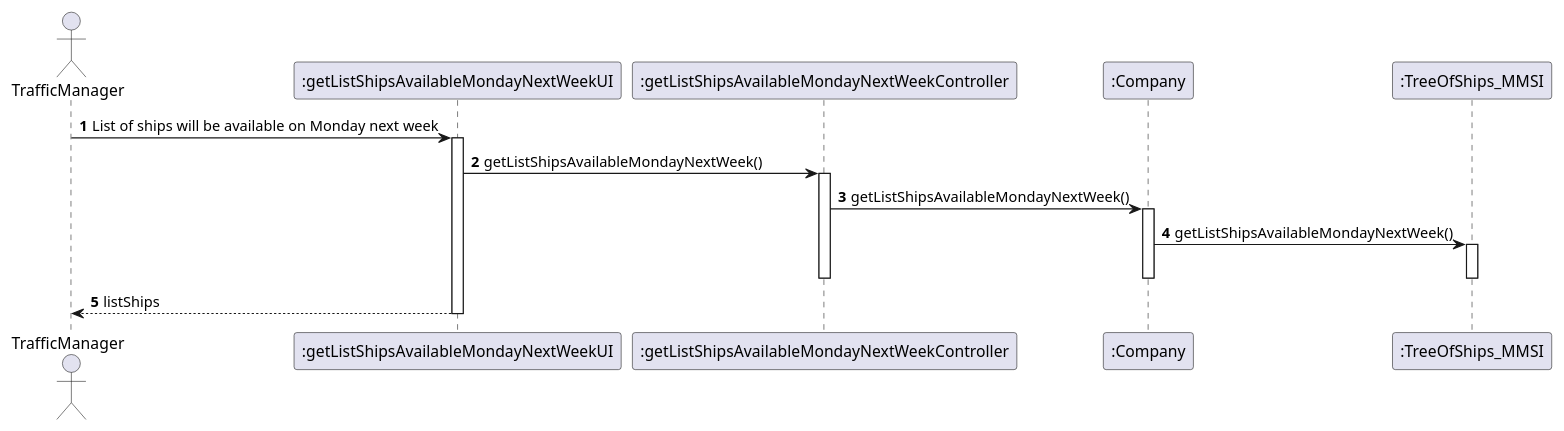
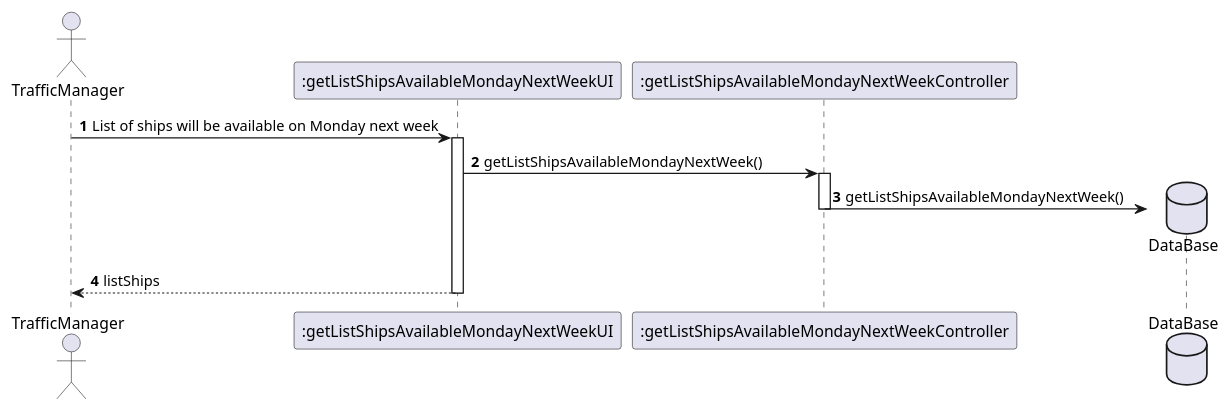
The diagram in Docs/Sprint2/US210/SD.puml (LourencoMelo/ISEP-LAPR3-ESINF), drawn with PlantUML before and after one commit. The commit also changed 23 other files, not shown here.

```diff
--- a/Docs/Sprint2/US210/SD.puml
+++ b/Docs/Sprint2/US210/SD.puml
@@ -1,38 +1,27 @@
 @startuml
 
 autonumber
 
 actor       TrafficManager                as tm
 participant    ":getListShipsAvailableMondayNextWeekUI"         as ui
 participant    ":getListShipsAvailableMondayNextWeekController" as ctrl
-participant    ":Company"                 as company
-participant    ":TreeOfShips_MMSI"        as mmsi
+database       "DataBase"              as db
 
 tm -> ui : List of ships will be available on Monday next week
 
 activate ui
 
     ui -> ctrl : getListShipsAvailableMondayNextWeek()
 
     activate ctrl
 
-    ctrl -> company : getListShipsAvailableMondayNextWeek()
-
-    activate company
-
-    company -> mmsi : getListShipsAvailableMondayNextWeek()
-
-    activate mmsi
-
-    deactivate mmsi
-
-    deactivate company
+    ctrl -> db** : getListShipsAvailableMondayNextWeek()
 
     deactivate ctrl
 
 
 ui --> tm : listShips
 
 deactivate ui
 
 @enduml
```
